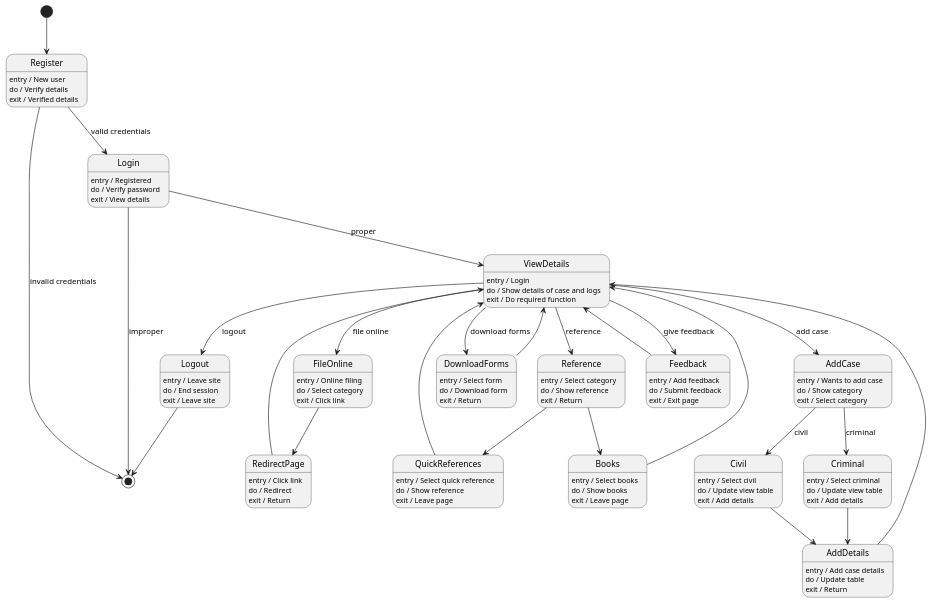
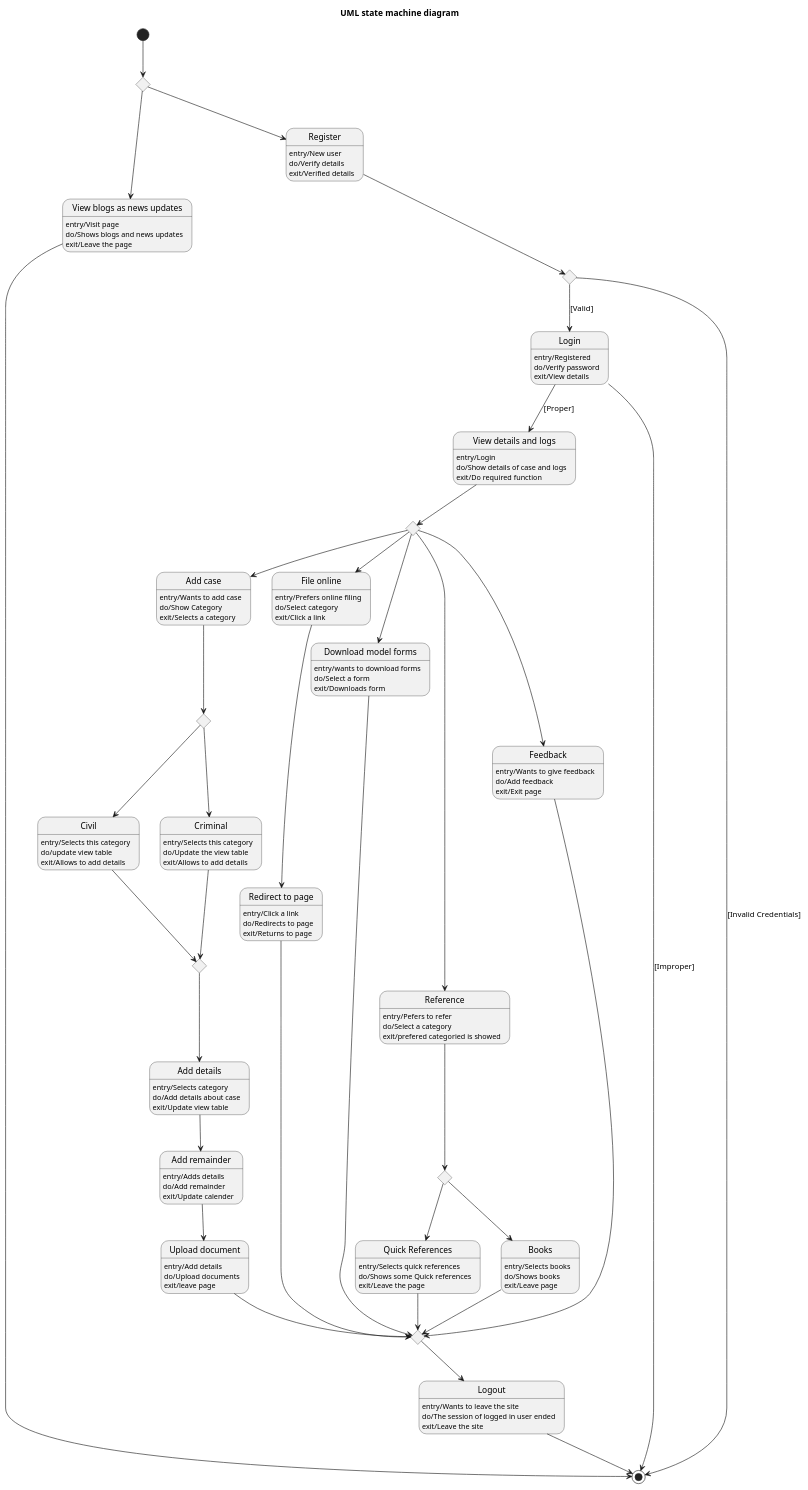
One commit to maimunafaria/State_transition_Diagram_generated_by_LLM changed the diagram in dataset/case_05_advocate_diary/diagram.puml. Above: the diagram before and after it, drawn with PlantUML. The commit also changed 21 other files, not shown here.

```diff
--- a/dataset/case_05_advocate_diary/diagram.puml
+++ b/dataset/case_05_advocate_diary/diagram.puml
@@ -1,102 +1,152 @@
 @startuml
+title UML state machine diagram
 
-[*] --> Register
+state "View blogs as news updates" as ViewBlogs
+ViewBlogs : entry/Visit page
+ViewBlogs : do/Shows blogs and news updates
+ViewBlogs : exit/Leave the page
 
-Register : entry / New user
-Register : do / Verify details
-Register : exit / Verified details
+state "Register" as Register
+Register : entry/New user
+Register : do/Verify details
+Register : exit/Verified details
 
-Register --> Login : valid credentials
-Register --> [*] : invalid credentials
+state "Login" as Login
+Login : entry/Registered
+Login : do/Verify password
+Login : exit/View details
 
-Login : entry / Registered
-Login : do / Verify password
-Login : exit / View details
+state "View details and logs" as ViewDetails
+ViewDetails : entry/Login
+ViewDetails : do/Show details of case and logs
+ViewDetails : exit/Do required function
 
-Login --> ViewDetails : proper
-Login --> [*] : improper
+state "Add case" as AddCase
+AddCase : entry/Wants to add case
+AddCase : do/Show Category
+AddCase : exit/Selects a category
 
-ViewDetails : entry / Login
-ViewDetails : do / Show details of case and logs
-ViewDetails : exit / Do required function
+state "Civil" as Civil
+Civil : entry/Selects this category
+Civil : do/update view table
+Civil : exit/Allows to add details
 
-ViewDetails --> AddCase : add case
-ViewDetails --> FileOnline : file online
-ViewDetails --> DownloadForms : download forms
-ViewDetails --> Reference : reference
-ViewDetails --> Feedback : give feedback
-ViewDetails --> Logout : logout
+state "Criminal" as Criminal
+Criminal : entry/Selects this category
+Criminal : do/Update the view table
+Criminal : exit/Allows to add details
 
-AddCase : entry / Wants to add case
-AddCase : do / Show category
-AddCase : exit / Select category
+state "Add details" as AddDetails
+AddDetails : entry/Selects category
+AddDetails : do/Add details about case
+AddDetails : exit/Update view table
 
-AddCase --> Civil : civil
-AddCase --> Criminal : criminal
+state "Add remainder" as AddReminder
+AddReminder : entry/Adds details
+AddReminder : do/Add remainder
+AddReminder : exit/Update calender
 
-Civil : entry / Select civil
-Civil : do / Update view table
-Civil : exit / Add details
+state "Upload document" as UploadDocument
+UploadDocument : entry/Add details
+UploadDocument : do/Upload documents
+UploadDocument : exit/leave page
 
-Criminal : entry / Select criminal
-Criminal : do / Update view table
-Criminal : exit / Add details
+state "File online" as FileOnline
+FileOnline : entry/Prefers online filing
+FileOnline : do/Select category
+FileOnline : exit/Click a link
 
-Civil --> AddDetails
-Criminal --> AddDetails
+state "Redirect to page" as RedirectPage
+RedirectPage : entry/Click a link
+RedirectPage : do/Redirects to page
+RedirectPage : exit/Returns to page
 
-AddDetails : entry / Add case details
-AddDetails : do / Update table
-AddDetails : exit / Return
+state "Download model forms" as DownloadForms
+DownloadForms : entry/wants to download forms
+DownloadForms : do/Select a form
+DownloadForms : exit/Downloads form
 
-AddDetails --> ViewDetails
+state "Reference" as Reference
+Reference : entry/Pefers to refer
+Reference : do/Select a category
+Reference : exit/prefered categoried is showed
 
-FileOnline : entry / Online filing
-FileOnline : do / Select category
-FileOnline : exit / Click link
+state "Quick References" as QuickReferences
+QuickReferences : entry/Selects quick references
+QuickReferences : do/Shows some Quick references
+QuickReferences : exit/Leave the page
+
+state "Books" as Books
+Books : entry/Selects books
+Books : do/Shows books
+Books : exit/Leave page
+
+state "Feedback" as Feedback
+Feedback : entry/Wants to give feedback
+Feedback : do/Add feedback
+Feedback : exit/Exit page
+
+state "Logout" as Logout
+Logout : entry/Wants to leave the site
+Logout : do/The session of logged in user ended
+Logout : exit/Leave the site
+
+state J1 <<choice>>
+state J2 <<choice>>
+state J3 <<choice>>
+state J4 <<choice>>
+state J5 <<choice>>
+state J6 <<choice>>
+
+state J10 <<choice>>
+
+[*] --> J1
+
+J1 --> ViewBlogs
+J1 --> Register
+
+ViewBlogs --> [*]
+
+Register --> J2
+J2 --> [*] : [Invalid Credentials]
+J2 --> Login : [Valid]
+
+Login --> [*] : [Improper]
+Login --> ViewDetails : [Proper]
+
+ViewDetails --> J3
+
+J3 --> AddCase
+J3 --> FileOnline
+J3 --> DownloadForms
+J3 --> Reference
+J3 --> Feedback
+
+AddCase --> J4
+J4 --> Civil
+J4 --> Criminal
+
+Civil --> J5
+Criminal --> J5
+J5 --> AddDetails
+AddDetails --> AddReminder
+AddReminder --> UploadDocument
+UploadDocument --> J10
 
 FileOnline --> RedirectPage
+RedirectPage --> J10
 
-RedirectPage : entry / Click link
-RedirectPage : do / Redirect
-RedirectPage : exit / Return
+DownloadForms --> J10
 
-RedirectPage --> ViewDetails
+Reference --> J6
+J6 --> QuickReferences
+J6 --> Books
+QuickReferences --> J10
+Books --> J10
 
-DownloadForms : entry / Select form
-DownloadForms : do / Download form
-DownloadForms : exit / Return
+Feedback --> J10
 
-DownloadForms --> ViewDetails
-
-Reference : entry / Select category
-Reference : do / Show reference
-Reference : exit / Return
-
-Reference --> QuickReferences
-Reference --> Books
-
-QuickReferences : entry / Select quick reference
-QuickReferences : do / Show reference
-QuickReferences : exit / Leave page
-
-Books : entry / Select books
-Books : do / Show books
-Books : exit / Leave page
-
-QuickReferences --> ViewDetails
-Books --> ViewDetails
-
-Feedback : entry / Add feedback
-Feedback : do / Submit feedback
-Feedback : exit / Exit page
-
-Feedback --> ViewDetails
-
-Logout : entry / Leave site
-Logout : do / End session
-Logout : exit / Leave site
-
+J10 --> Logout
 Logout --> [*]
 
 @enduml
```
